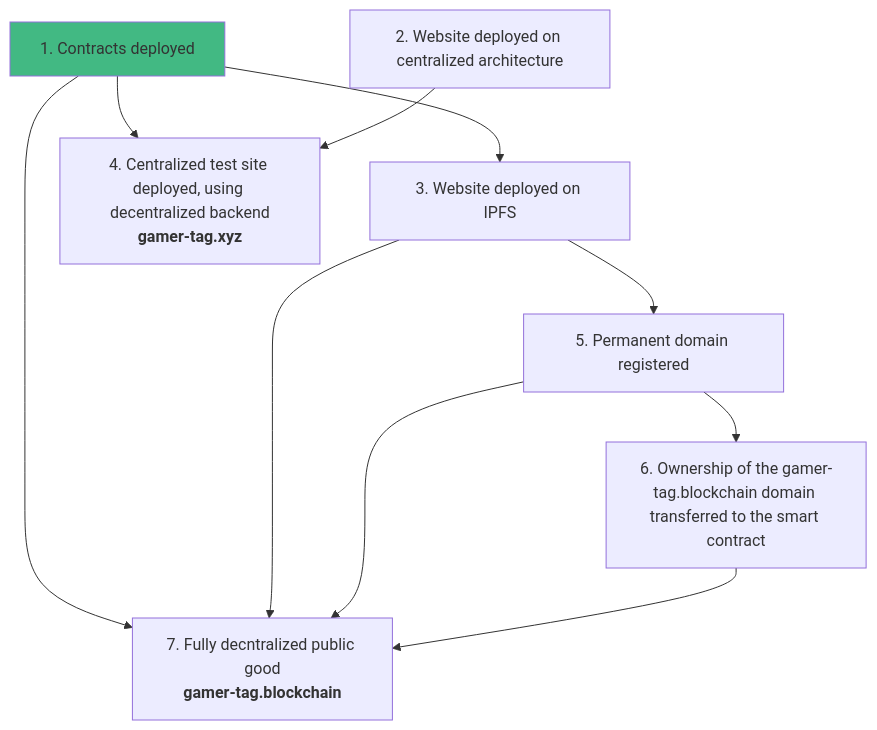
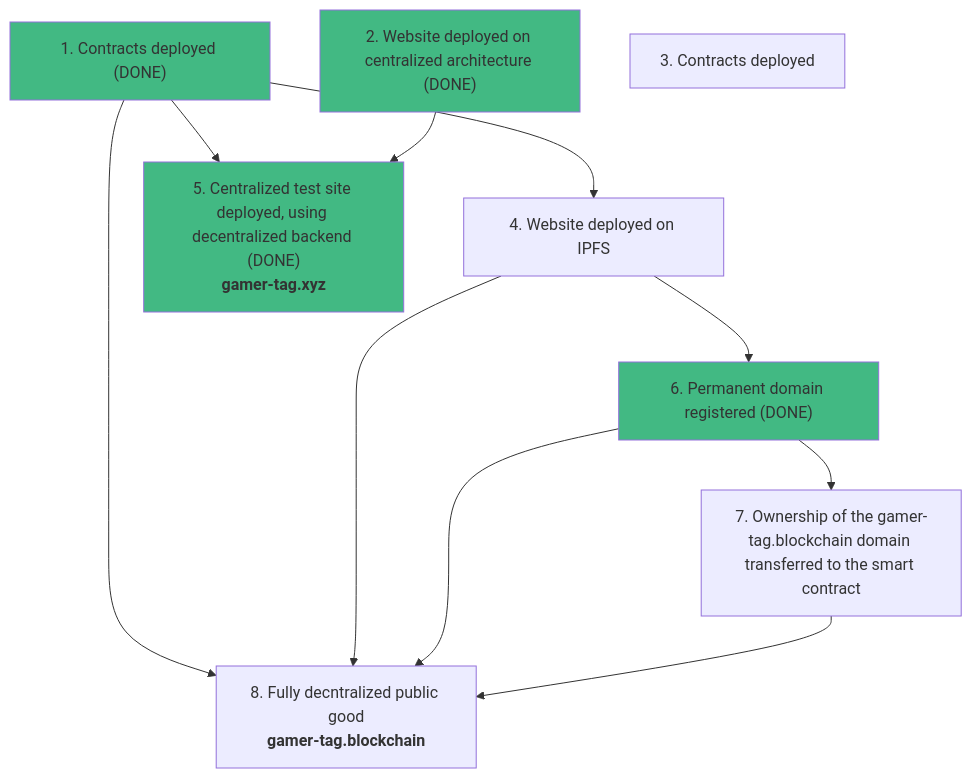
Before and after one commit to TerryJHarrison/gamer-tag: the diagram in README.md, drawn with Mermaid.

````diff
--- a/README.md
+++ b/README.md
@@ -9,27 +9,27 @@
 ```mermaid
 flowchart TD
-	contracts["1. Contracts deployed"]
+	testContract["1. Contracts deployed (DONE)"]
+	centralizedWeb["2. Website deployed on centralized architecture (DONE)"]
+	contract["3. Contracts deployed"]
+	decentralizedWeb["4. Website deployed on IPFS"]
+	centralizedTestSite["5. Centralized test site deployed, using decentralized backend (DONE)<br/><b>gamer-tag.xyz</b>"]
+	permanentDomain["6. Permanent domain registered (DONE)"]
+	noDomainOwner["7. Ownership of the gamer-tag.blockchain domain transferred to the smart contract"]
+	decentralizedApplication["8. Fully decntralized public good<br/><b>gamer-tag.blockchain</b>"]
 	
-	centralizedWeb["2. Website deployed on centralized architecture"]
-	decentralizedWeb["3. Website deployed on IPFS"]
-	
-	centralizedTestSite["4. Centralized test site deployed, using decentralized backend<br/><b>gamer-tag.xyz</b>"]
-	
-	permanentDomain["5. Permanent domain registered"]
-	noDomainOwner["6. Ownership of the gamer-tag.blockchain domain transferred to the smart contract"]
-	
-	decentralizedApplication["7. Fully decntralized public good<br/><b>gamer-tag.blockchain</b>"]
-	
-	contracts --> centralizedTestSite
+	testContract --> centralizedTestSite
 	centralizedWeb --> centralizedTestSite
 	
-	contracts --> decentralizedWeb
+	testContract --> decentralizedWeb
 	decentralizedWeb --> permanentDomain --> noDomainOwner
 	
-	contracts --> decentralizedApplication
+	testContract --> decentralizedApplication
 	decentralizedWeb --> decentralizedApplication
 	permanentDomain --> decentralizedApplication
 	noDomainOwner --> decentralizedApplication
 	
-	style contracts fill:#42b983
+	style testContract fill:#42b983
+	style centralizedWeb fill:#42b983
+	style centralizedTestSite fill:#42b983
+	style permanentDomain fill:#42b983
 ```
````
